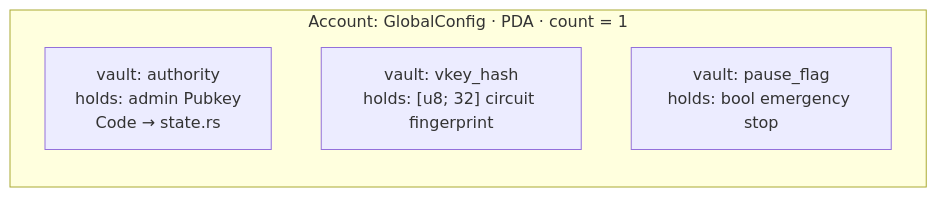
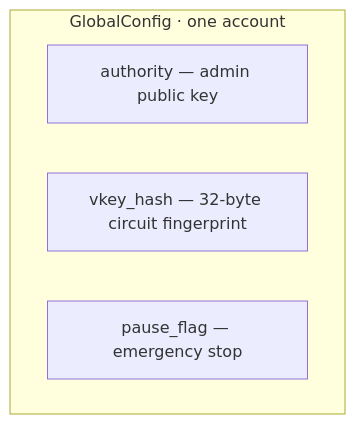
The third of 8 diagrams in docs/accounts-deep-dive.md (pprogrammingg/zk-spot-shield), drawn with Mermaid before and after one commit. The commit also changed other lines of this file and 4 other files, not shown here.

Commit message:
docs: numbered flow + account Q&A - YES

````diff
--- a/docs/accounts-deep-dive.md
+++ b/docs/accounts-deep-dive.md
@@ -62,9 +98,8 @@
 ```mermaid
 flowchart TB
-  subgraph GC["Account: GlobalConfig · PDA · count = 1"]
-    direction TB
-    A["vault: authority<br/>holds: admin Pubkey<br/>Code → state.rs"]
-    V["vault: vkey_hash<br/>holds: [u8; 32] circuit fingerprint"]
-    P["vault: pause_flag<br/>holds: bool emergency stop"]
+  subgraph GC["GlobalConfig · one account"]
+    A["authority — admin public key"]
+    V["vkey_hash — 32-byte circuit fingerprint"]
+    P["pause_flag — emergency stop"]
   end
 ```
````
